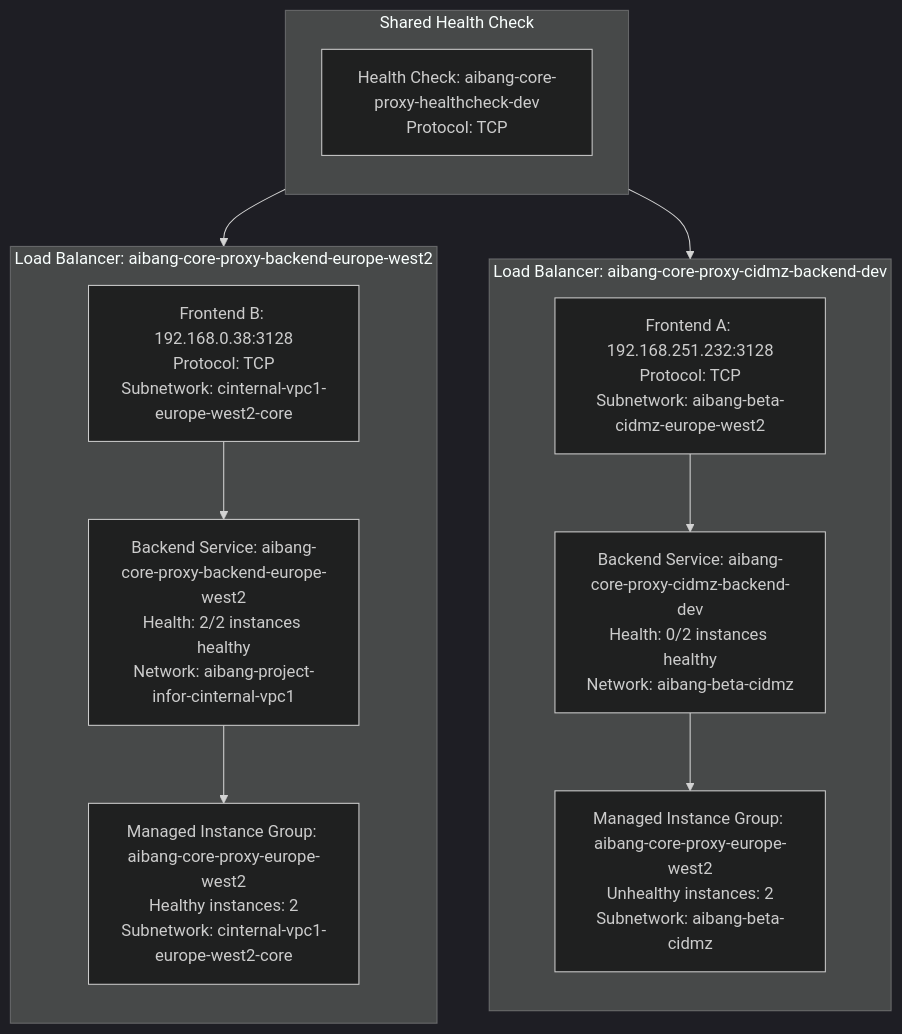
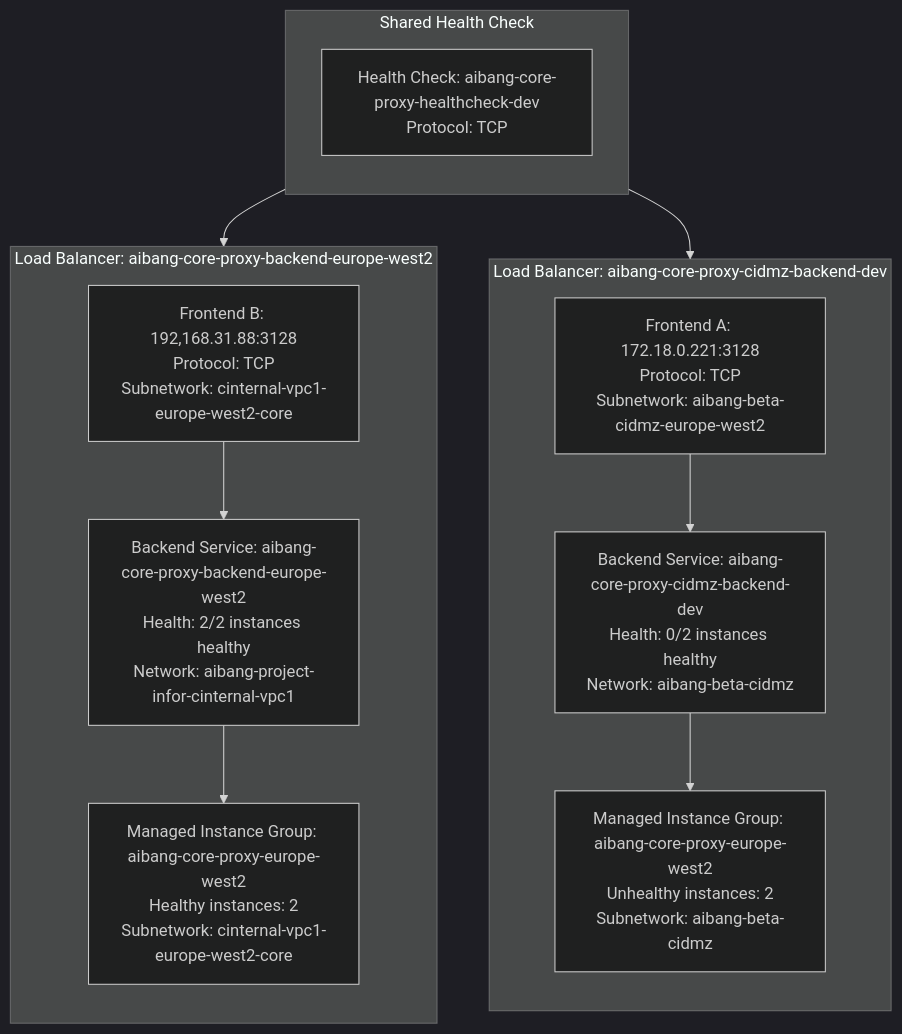
Before and after one commit to aibangjuxin/groovy: the fifth of 9 diagrams in gcp/lb-health-mig.md, drawn with Mermaid (dark theme). The commit also changed other lines of this file, not shown here.

````diff
--- a/gcp/lb-health-mig.md
+++ b/gcp/lb-health-mig.md
@@ -334,26 +334,26 @@
 ```mermaid
 flowchart TD
     subgraph LB_A["Load Balancer: aibang-core-proxy-cidmz-backend-dev"]
         direction TB
-        A_Frontend["Frontend A: 192.168.251.232:3128<br>Protocol: TCP<br>Subnetwork: aibang-beta-cidmz-europe-west2"]
+        A_Frontend["Frontend A: 172.18.0.221:3128<br>Protocol: TCP<br>Subnetwork: aibang-beta-cidmz-europe-west2"]
         A_Backend["Backend Service: aibang-core-proxy-cidmz-backend-dev<br>Health: 0/2 instances healthy<br>Network: aibang-beta-cidmz"]
         A_Frontend --> A_Backend
         A_Backend --> MIG1["Managed Instance Group: aibang-core-proxy-europe-west2<br>Unhealthy instances: 2<br>Subnetwork: aibang-beta-cidmz"]
     end
 
     subgraph LB_B["Load Balancer: aibang-core-proxy-backend-europe-west2"]
         direction TB
-        B_Frontend["Frontend B: 192.168.0.38:3128<br>Protocol: TCP<br>Subnetwork: cinternal-vpc1-europe-west2-core"]
+        B_Frontend["Frontend B: 192,168.31.88:3128<br>Protocol: TCP<br>Subnetwork: cinternal-vpc1-europe-west2-core"]
         B_Backend["Backend Service: aibang-core-proxy-backend-europe-west2<br>Health: 2/2 instances healthy<br>Network: aibang-project-infor-cinternal-vpc1"]
         B_Frontend --> B_Backend
         B_Backend --> MIG2["Managed Instance Group: aibang-core-proxy-europe-west2<br>Healthy instances: 2<br>Subnetwork: cinternal-vpc1-europe-west2-core"]
     end
 
     subgraph HC["Shared Health Check"]
         direction TB
         HC1["Health Check: aibang-core-proxy-healthcheck-dev<br>Protocol: TCP"]
     end
 
     HC1 --> A_Backend
     HC1 --> B_Backend
 ```
````
